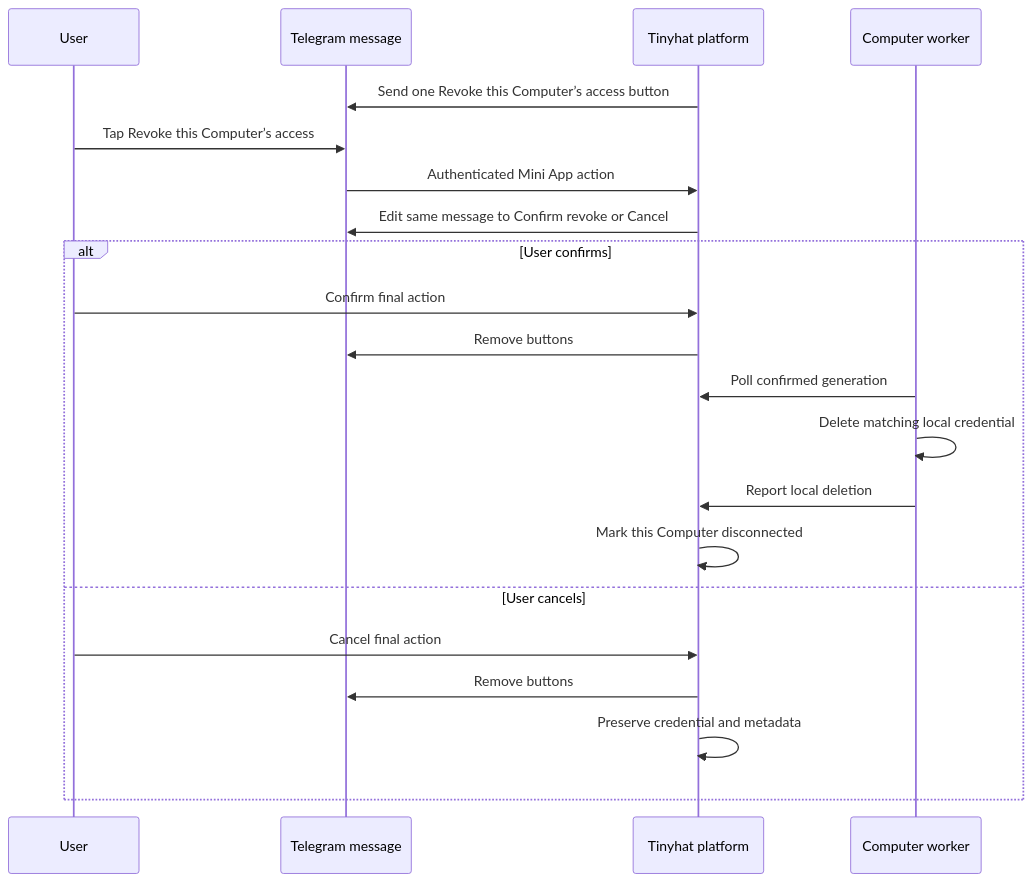
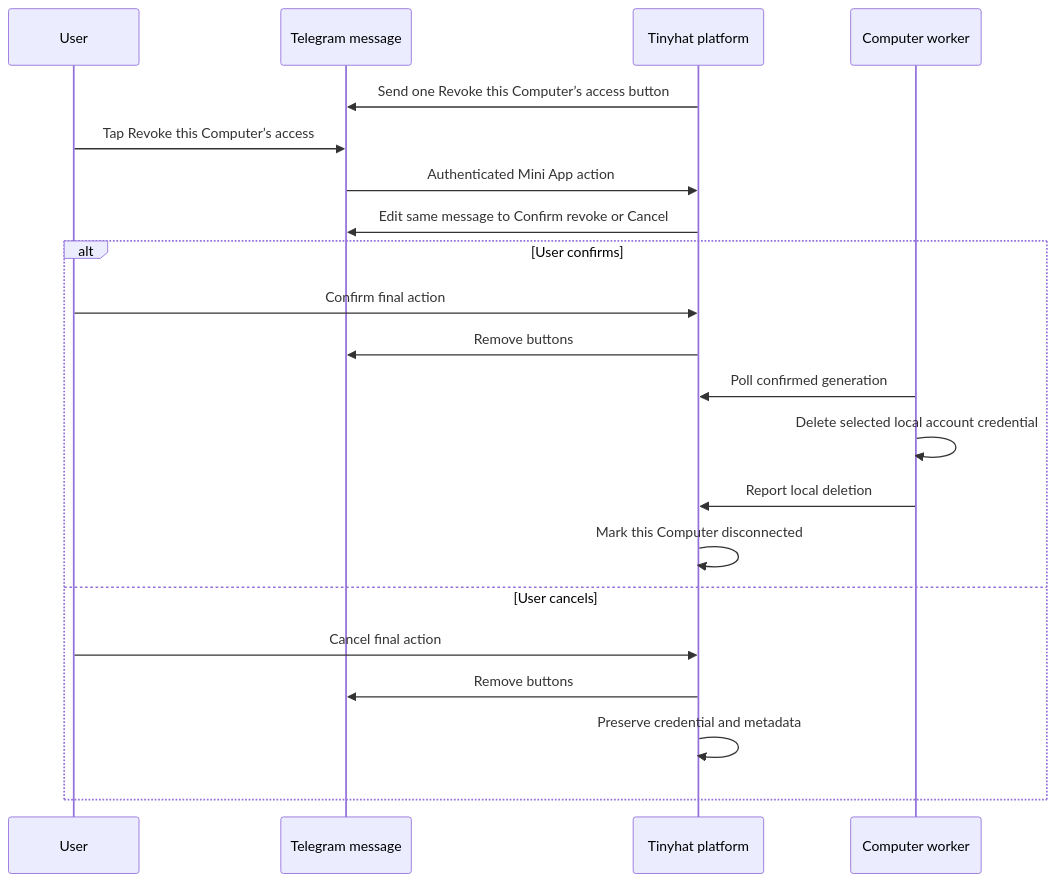
The diagram in docs/capabilities.md (tinyhat-ai/tinyhat), drawn with Mermaid before and after one commit. The commit also changed other lines of this file and 15 other files, not shown here.

````diff
--- a/docs/capabilities.md
+++ b/docs/capabilities.md
@@ -112,23 +125,23 @@
 ```mermaid
 sequenceDiagram
     participant U as User
     participant T as Telegram message
     participant P as Tinyhat platform
     participant C as Computer worker
     P->>T: Send one Revoke this Computer’s access button
     U->>T: Tap Revoke this Computer’s access
     T->>P: Authenticated Mini App action
     P->>T: Edit same message to Confirm revoke or Cancel
     alt User confirms
         U->>P: Confirm final action
         P->>T: Remove buttons
         C->>P: Poll confirmed generation
-        C->>C: Delete matching local credential
+        C->>C: Delete selected local account credential
         C->>P: Report local deletion
         P->>P: Mark this Computer disconnected
     else User cancels
         U->>P: Cancel final action
         P->>T: Remove buttons
         P->>P: Preserve credential and metadata
     end
 ```
````
